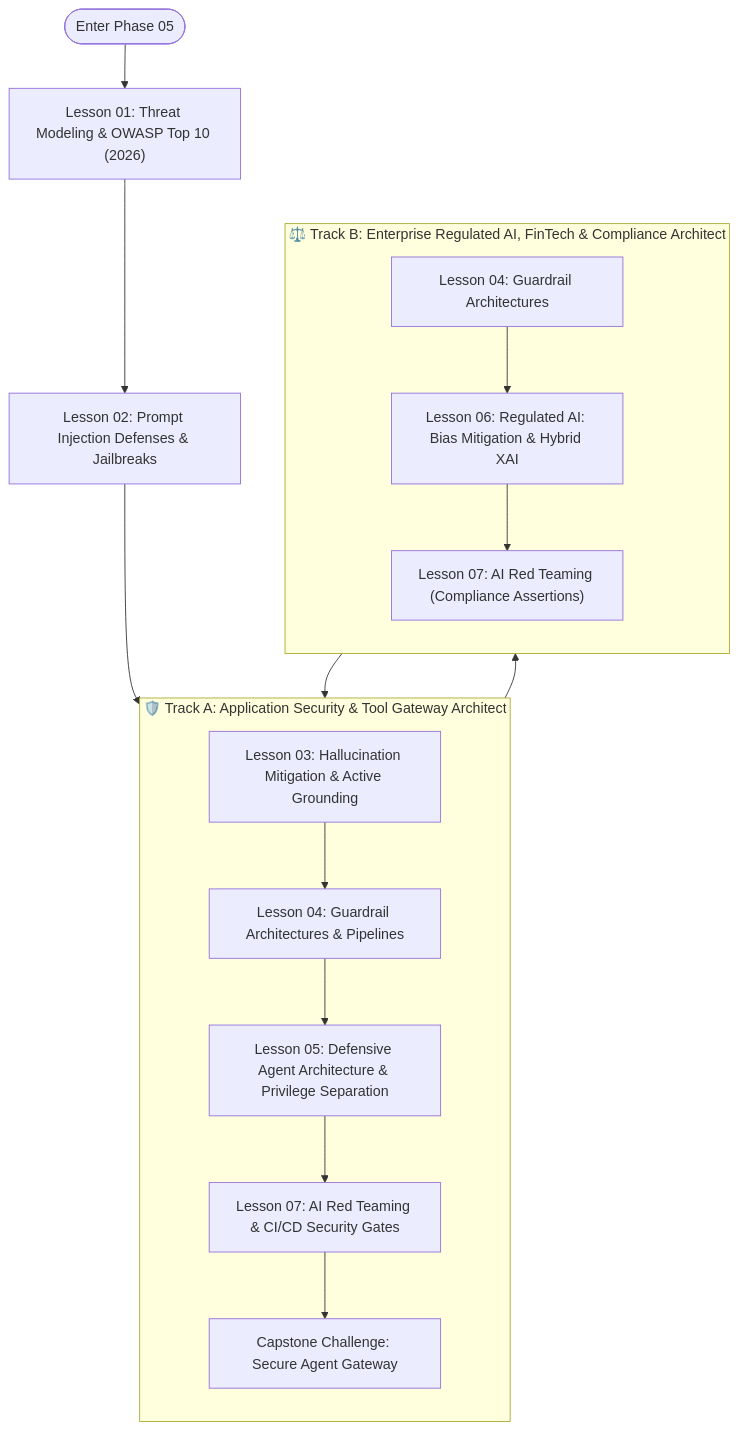
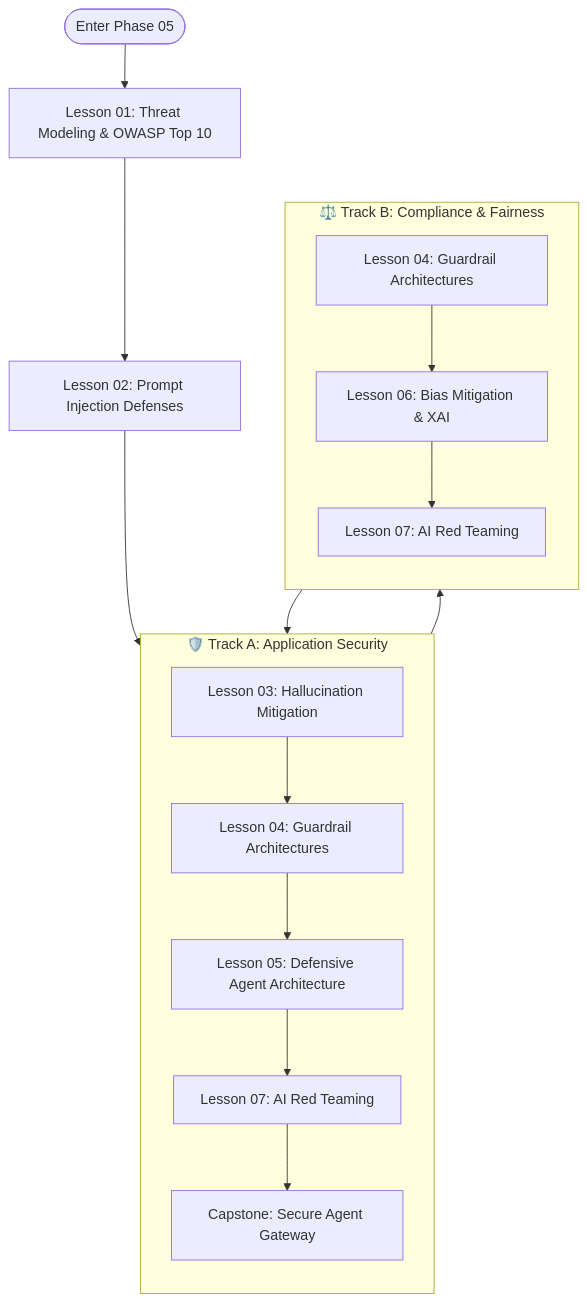
Before and after one commit to dip4k/senior-engineer-to-ai-engineer-roadmap: the diagram in 05-ai-security-and-guardrails/README.md, drawn with Mermaid. The commit also changed other lines of this file and 59 other files, not shown here.

````diff
--- a/05-ai-security-and-guardrails/README.md
+++ b/05-ai-security-and-guardrails/README.md
@@ -66,22 +26,22 @@
 ```mermaid
 flowchart TD
-    Start(["Enter Phase 05"]) --> L1["Lesson 01: Threat Modeling & OWASP Top 10 (2026)"]
-    L1 --> L2["Lesson 02: Prompt Injection Defenses & Jailbreaks"]
-    L2 --> L3["Lesson 03: Hallucination Mitigation & Active Grounding"]
+    Start(["Enter Phase 05"]) --> L1["Lesson 01: Threat Modeling & OWASP Top 10"]
+    L1 --> L2["Lesson 02: Prompt Injection Defenses"]
+    L2 --> L3["Lesson 03: Hallucination Mitigation"]
     
-    subgraph TrackA["🛡️ Track A: Application Security & Tool Gateway Architect"]
+    subgraph TrackA["🛡️ Track A: Application Security"]
         direction TB
-        L3 --> L4["Lesson 04: Guardrail Architectures & Pipelines"]
-        L4 --> L5["Lesson 05: Defensive Agent Architecture & Privilege Separation"]
-        L5 --> L7["Lesson 07: AI Red Teaming & CI/CD Security Gates"]
-        L7 --> Capstone["Capstone Challenge: Secure Agent Gateway"]
+        L3 --> L4["Lesson 04: Guardrail Architectures"]
+        L4 --> L5["Lesson 05: Defensive Agent Architecture"]
+        L5 --> L7["Lesson 07: AI Red Teaming"]
+        L7 --> Capstone["Capstone: Secure Agent Gateway"]
     end
     
-    subgraph TrackB["⚖️ Track B: Enterprise Regulated AI, FinTech & Compliance Architect"]
+    subgraph TrackB["⚖️ Track B: Compliance & Fairness"]
         direction TB
         L3 --> L4_B["Lesson 04: Guardrail Architectures"]
-        L4_B --> L6["Lesson 06: Regulated AI: Bias Mitigation & Hybrid XAI"]
-        L6 --> L7_B["Lesson 07: AI Red Teaming (Compliance Assertions)"]
+        L4_B --> L6["Lesson 06: Bias Mitigation & XAI"]
+        L6 --> L7_B["Lesson 07: AI Red Teaming"]
         L7_B --> Capstone
     end
 ```
````
